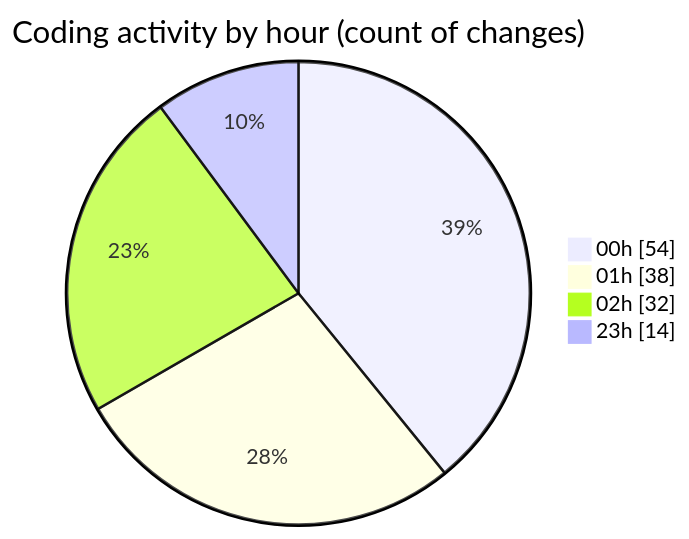
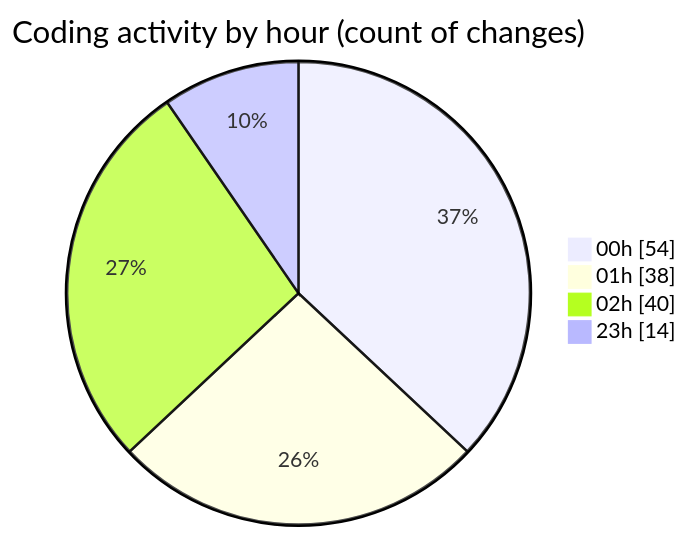
One commit to lephambinh05/code-tracking changed the second of 2 diagrams in 2025-08-20/quytuthien_vn/README.md. Above: the diagram before and after it, drawn with Mermaid. The commit also changed other lines of this file and 1 other file, not shown here.

````diff
--- a/2025-08-20/quytuthien_vn/README.md
+++ b/2025-08-20/quytuthien_vn/README.md
@@ -98,8 +99,8 @@
 ```mermaid
 pie showData
 title Coding activity by hour (count of changes)
 "00h" : 54
 "01h" : 38
-"02h" : 32
+"02h" : 40
 "23h" : 14
 ```
````
